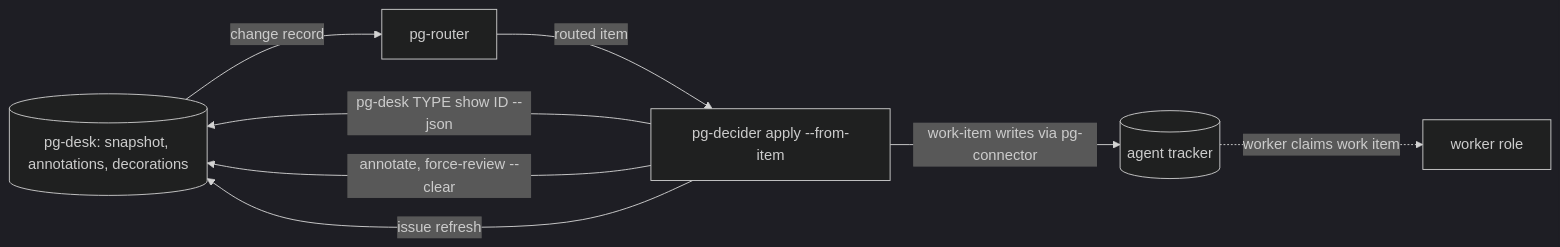
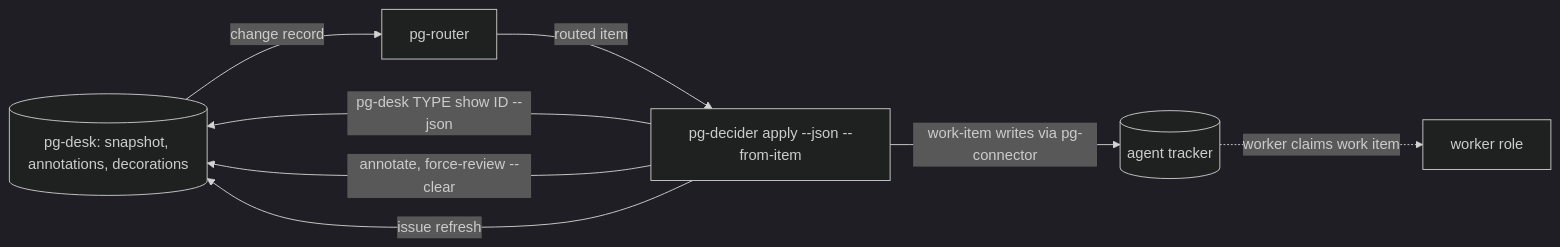
One commit to phillipgreenii/nix-agent-support changed the diagram in docs/behavior/pg-decider/README.md. Above: the diagram before and after it, drawn with Mermaid (dark theme). The commit also changed 13 other files, not shown here.

First line of the commit message:
feat(pg-decider): apply --json returns the applied plan; pg-pr-change drops its pre-apply plan call

````diff
--- a/docs/behavior/pg-decider/README.md
+++ b/docs/behavior/pg-decider/README.md
@@ -22,10 +22,10 @@
 ```mermaid
 flowchart LR
     D[("pg-desk: snapshot, annotations, decorations")] -->|"change record"| R["pg-router"]
-    R -->|"routed item"| A["pg-decider apply --from-item"]
+    R -->|"routed item"| A["pg-decider apply --json --from-item"]
     A -->|"pg-desk TYPE show ID --json"| D
     A -->|"work-item writes via pg-connector"| T[("agent tracker")]
     A -->|"annotate, force-review --clear"| D
     A -->|"issue refresh"| D
     T -.->|"worker claims work item"| W["worker role"]
 ```
````
